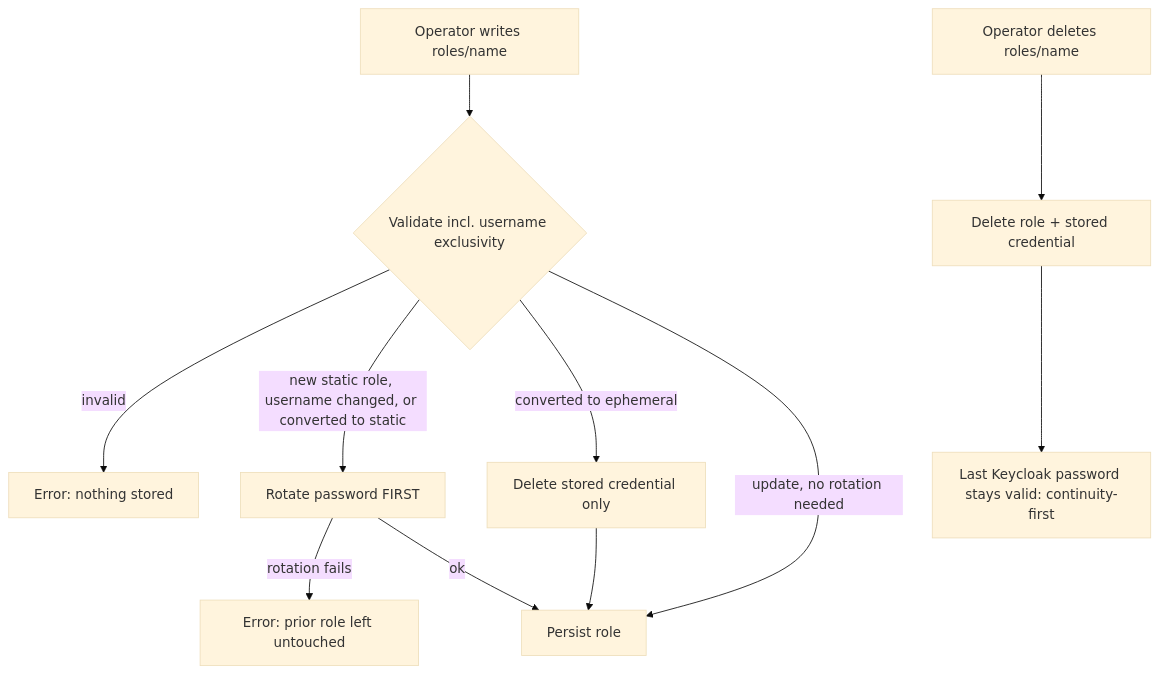
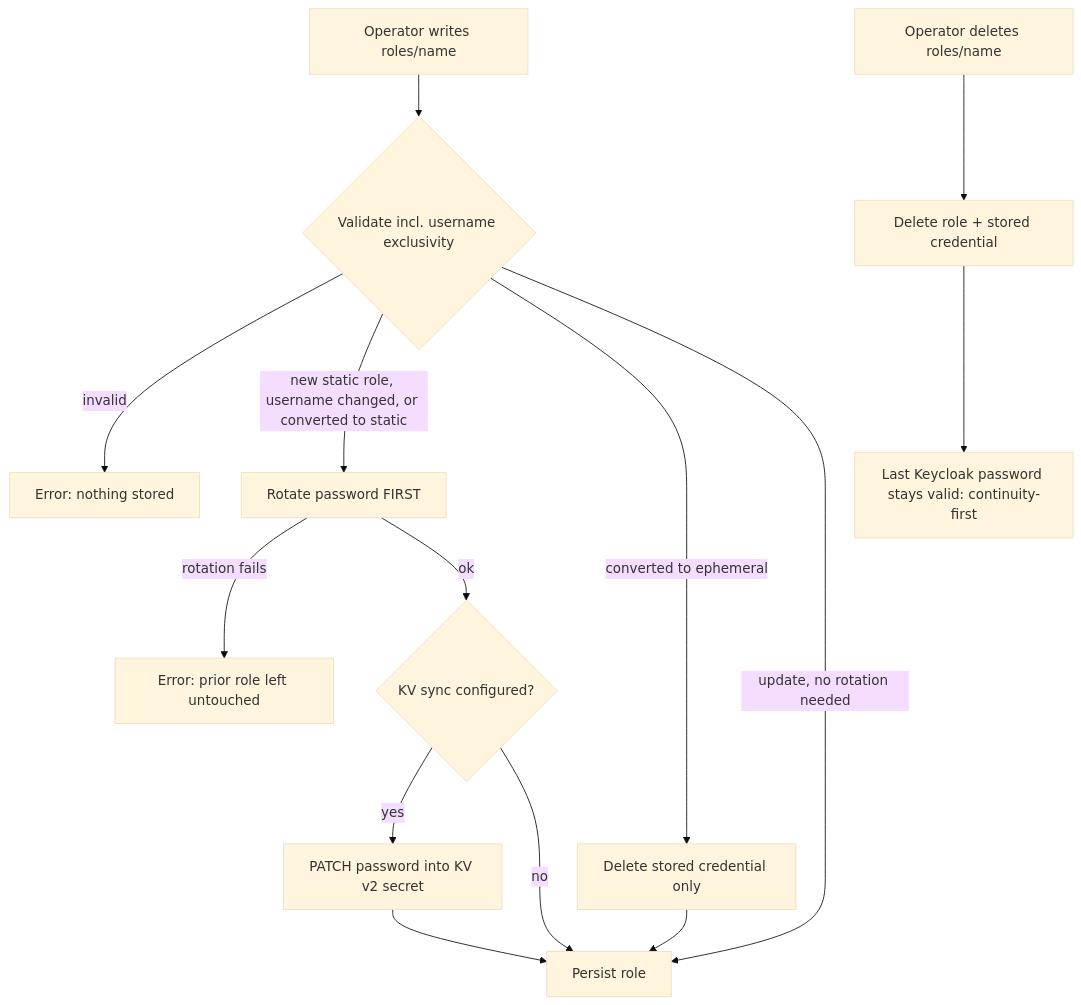
Before and after one commit to RoFz/vault-plugin-secrets-keycloak: the second of 4 diagrams in README.md, drawn with Mermaid (base theme). The commit also changed other lines of this file and 5 other files, not shown here.

First line of the commit message:
docs: add architecture and production-hardening docs, expand README usage

````diff
--- a/README.md
+++ b/README.md
@@ -117,14 +125,17 @@
 ```mermaid
 flowchart TD
   A[Operator writes roles/name] --> B{Validate incl. username exclusivity}
   B -->|invalid| C[Error: nothing stored]
   B -->|new static role, username changed, or converted to static| D[Rotate password FIRST]
   D -->|rotation fails| E[Error: prior role left untouched]
-  D -->|ok| F[Persist role]
+  D -->|ok| KVQ{KV sync configured?}
+  KVQ -->|yes| KVP[PATCH password into KV v2 secret]
+  KVQ -->|no| F[Persist role]
+  KVP --> F
   B -->|converted to ephemeral| G[Delete stored credential only]
   G --> F
   B -->|update, no rotation needed| F
 
   I[Operator deletes roles/name] --> J[Delete role + stored credential]
   J --> K[Last Keycloak password stays valid: continuity-first]
 ```
````
